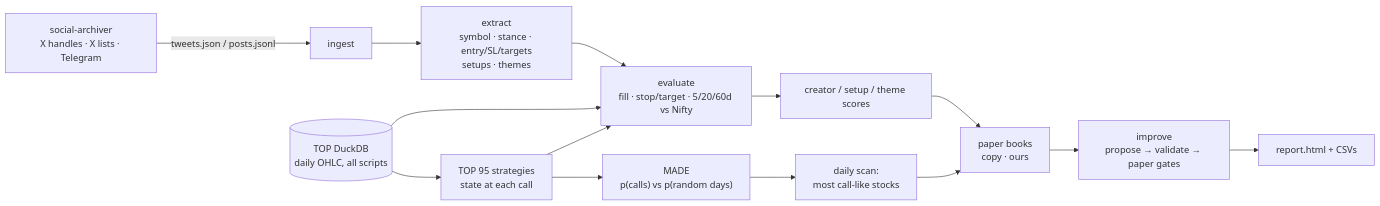
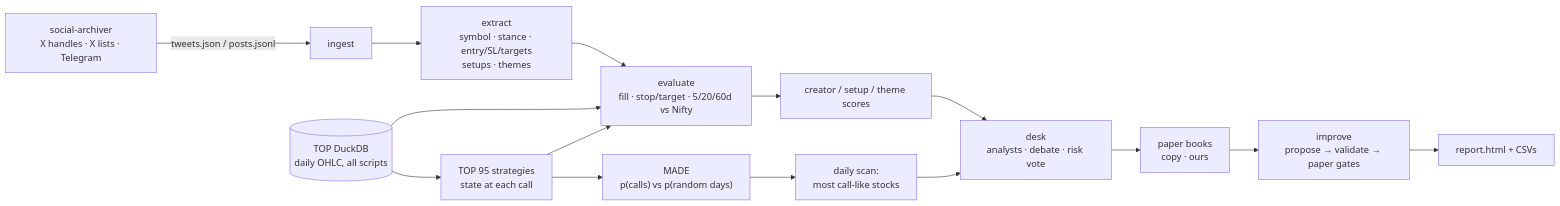
One commit to garv08/social-alpha changed the diagram in README.md. Above: the diagram before and after it, drawn with Mermaid. The commit also changed other lines of this file and 12 other files, not shown here.

````diff
--- a/README.md
+++ b/README.md
@@ -12,16 +12,17 @@
 ```mermaid
 flowchart LR
   A["social-archiver<br/>X handles · X lists · Telegram"] -->|tweets.json / posts.jsonl| B[ingest]
   B --> C[extract<br/>symbol · stance · entry/SL/targets<br/>setups · themes]
   T[(TOP DuckDB<br/>daily OHLC, all scripts)] --> D
   C --> D[evaluate<br/>fill · stop/target · 5/20/60d vs Nifty]
   T --> F[TOP 95 strategies<br/>state at each call]
   F --> D
   F --> M["MADE<br/>p(calls) vs p(random days)"]
   D --> S[creator / setup / theme scores]
   M --> N[daily scan:<br/>most call-like stocks]
-  S --> P[paper books<br/>copy · ours]
-  N --> P
+  S --> K["desk<br/>analysts · debate · risk vote"]
+  N --> K
+  K --> P[paper books<br/>copy · ours]
   P --> E["improve<br/>propose → validate → paper gates"]
   E --> R[report.html + CSVs]
 ```
````
